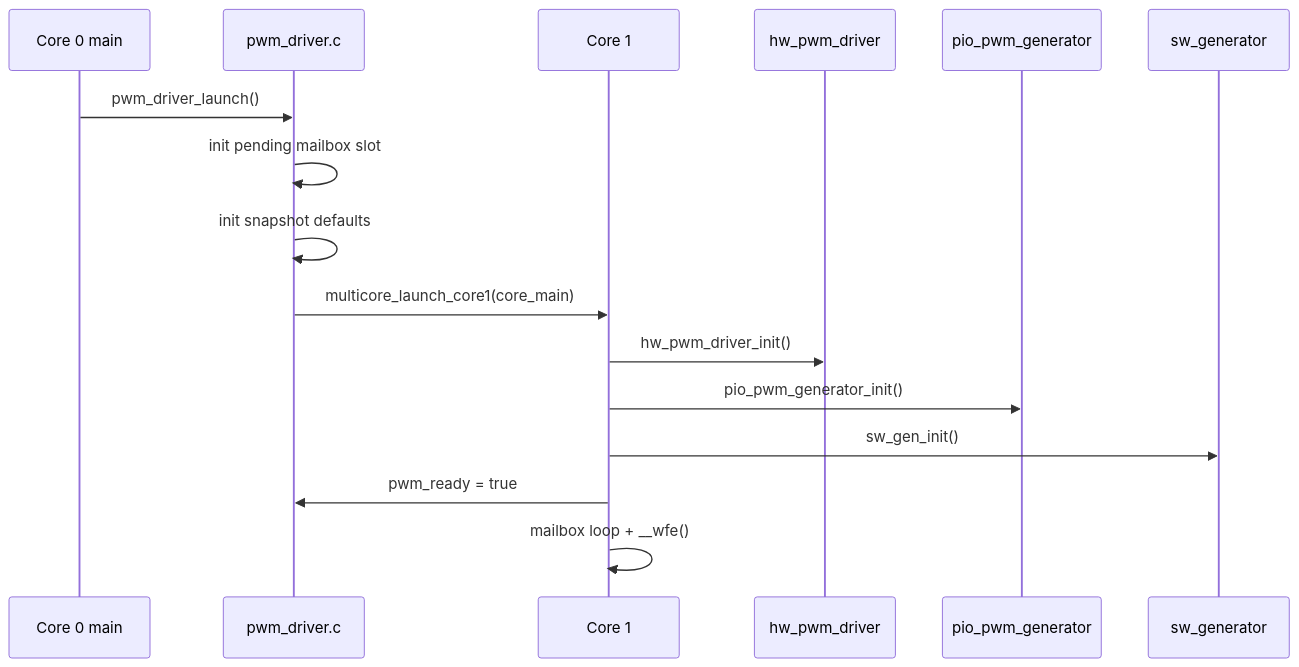
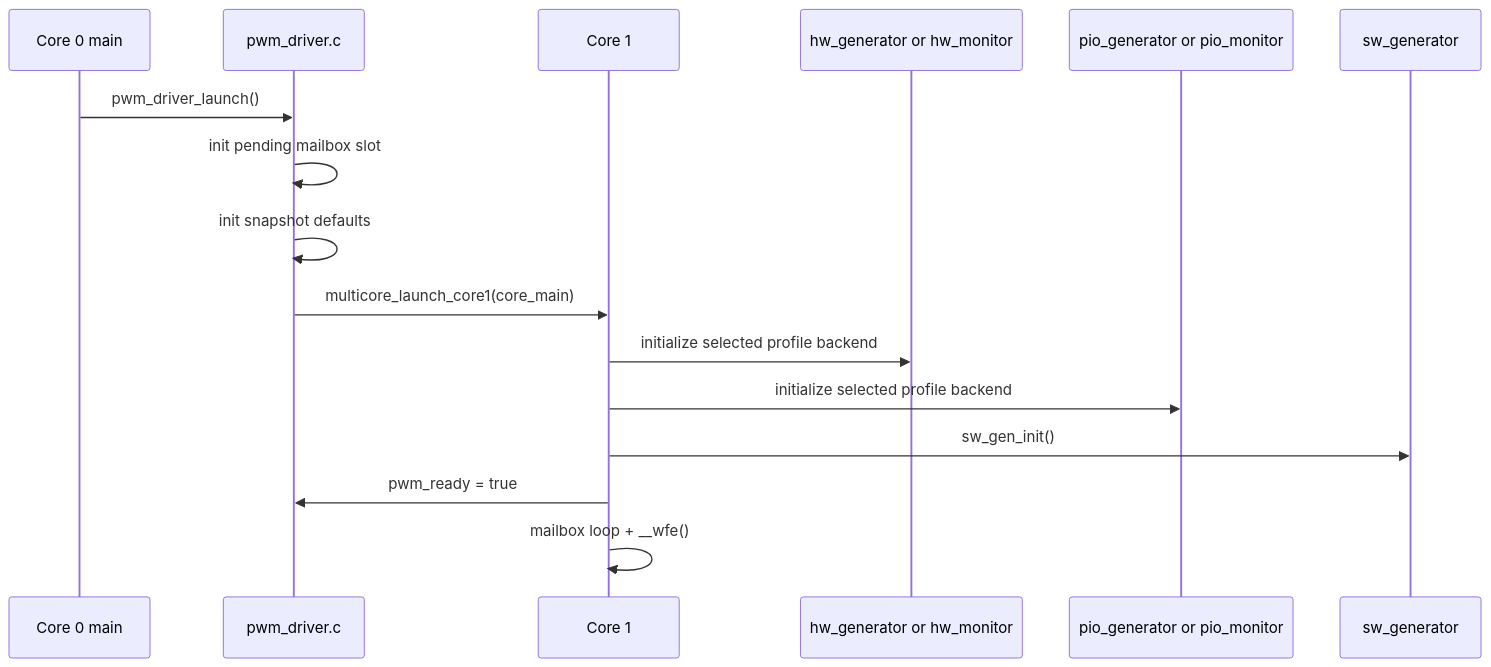
The third of 7 diagrams in docs/detail/pwm_driver_design.md (djwinter29-oss/PicoPWM), drawn with Mermaid before and after one commit. The commit also changed other lines of this file and 26 other files, not shown here.

````diff
--- a/docs/detail/pwm_driver_design.md
+++ b/docs/detail/pwm_driver_design.md
@@ -287,19 +287,19 @@
 ```mermaid
 sequenceDiagram
     participant C0 as Core 0 main
     participant WR as pwm_driver.c
     participant C1 as Core 1
-    participant HW as hw_pwm_driver
-    participant PIO as pio_pwm_generator
+    participant HW as hw_generator or hw_monitor
+    participant PIO as pio_generator or pio_monitor
     participant SW as sw_generator
 
     C0->>WR: pwm_driver_launch()
     WR->>WR: init pending mailbox slot
     WR->>WR: init snapshot defaults
     WR->>C1: multicore_launch_core1(core_main)
-    C1->>HW: hw_pwm_driver_init()
-    C1->>PIO: pio_pwm_generator_init()
+    C1->>HW: initialize selected profile backend
+    C1->>PIO: initialize selected profile backend
     C1->>SW: sw_gen_init()
     C1->>WR: pwm_ready = true
     C1->>C1: mailbox loop + __wfe()
 ```
````
